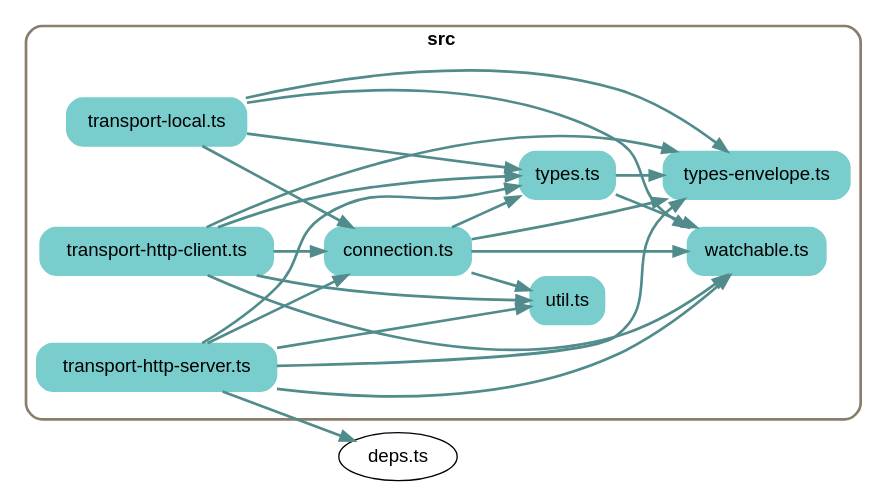
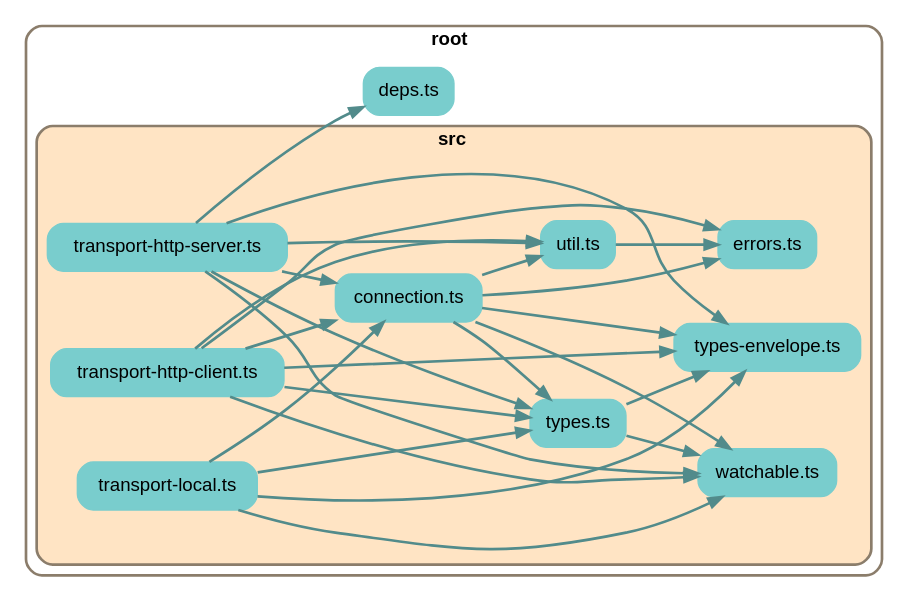
One commit to earthstar-project/earthstar-streaming-rpc changed the diagram in depchart/depchart-simple.dot. Above: the diagram before and after it, drawn with Graphviz. The commit also changed 5 other files, not shown here.

```diff
--- a/depchart/depchart-simple.dot
+++ b/depchart/depchart-simple.dot
@@ -1,54 +1,68 @@
 
 digraph G {
     //splines=line;
     //splines=polyline;
     splines=true;
     rankdir=LR;
     //newrank=true;
     compound=true;
     graph [fontname = "helvetica"];  // dpi=72
     node [fontname = "helvetica"];
     edge [fontname = "helvetica"];
     
     // files in their folder clusters
 
-    subgraph cluster3346056155 {
-        label=<<b>src</b>>;
+    subgraph cluster6120518647 {
+        label=<<b>root</b>>;
         style="rounded";
         color=bisque4;
         penwidth=2;
                     
-        "src/connection.ts" [label="connection.ts", shape=rectangle; style="rounded,filled"; color=darkslategray3];
-        "src/transport-http-client.ts" [label="transport-http-client.ts", shape=rectangle; style="rounded,filled"; color=darkslategray3];
-        "src/transport-http-server.ts" [label="transport-http-server.ts", shape=rectangle; style="rounded,filled"; color=darkslategray3];
-        "src/transport-local.ts" [label="transport-local.ts", shape=rectangle; style="rounded,filled"; color=darkslategray3];
-        "src/types-envelope.ts" [label="types-envelope.ts", shape=rectangle; style="rounded,filled"; color=darkslategray3];
-        "src/types.ts" [label="types.ts", shape=rectangle; style="rounded,filled"; color=darkslategray3];
-        "src/util.ts" [label="util.ts", shape=rectangle; style="rounded,filled"; color=darkslategray3];
-        "src/watchable.ts" [label="watchable.ts", shape=rectangle; style="rounded,filled"; color=darkslategray3];
+        "deps.ts" [label="deps.ts", shape=rectangle; style="rounded,filled"; color=darkslategray3];
+
+        subgraph cluster9450472687 {
+            label=<<b>src</b>>;
+            style="rounded,filled";
+            fillcolor=bisque;
+            color=bisque4;
+            penwidth=2;
+                    
+            "src/connection.ts" [label="connection.ts", shape=rectangle; style="rounded,filled"; color=darkslategray3];
+            "src/errors.ts" [label="errors.ts", shape=rectangle; style="rounded,filled"; color=darkslategray3];
+            "src/transport-http-client.ts" [label="transport-http-client.ts", shape=rectangle; style="rounded,filled"; color=darkslategray3];
+            "src/transport-http-server.ts" [label="transport-http-server.ts", shape=rectangle; style="rounded,filled"; color=darkslategray3];
+            "src/transport-local.ts" [label="transport-local.ts", shape=rectangle; style="rounded,filled"; color=darkslategray3];
+            "src/types-envelope.ts" [label="types-envelope.ts", shape=rectangle; style="rounded,filled"; color=darkslategray3];
+            "src/types.ts" [label="types.ts", shape=rectangle; style="rounded,filled"; color=darkslategray3];
+            "src/util.ts" [label="util.ts", shape=rectangle; style="rounded,filled"; color=darkslategray3];
+            "src/watchable.ts" [label="watchable.ts", shape=rectangle; style="rounded,filled"; color=darkslategray3];
+        }
     }
 
     // edges between files
+    "src/connection.ts" -> "src/errors.ts" [penwidth=2; color=darkslategray4];
     "src/connection.ts" -> "src/types.ts" [penwidth=2; color=darkslategray4];
     "src/connection.ts" -> "src/types-envelope.ts" [penwidth=2; color=darkslategray4];
     "src/connection.ts" -> "src/watchable.ts" [penwidth=2; color=darkslategray4];
     "src/connection.ts" -> "src/util.ts" [penwidth=2; color=darkslategray4];
+    "src/transport-http-client.ts" -> "src/errors.ts" [penwidth=2; color=darkslategray4];
     "src/transport-http-client.ts" -> "src/types.ts" [penwidth=2; color=darkslategray4];
     "src/transport-http-client.ts" -> "src/types-envelope.ts" [penwidth=2; color=darkslategray4];
     "src/transport-http-client.ts" -> "src/watchable.ts" [penwidth=2; color=darkslategray4];
     "src/transport-http-client.ts" -> "src/util.ts" [penwidth=2; color=darkslategray4];
     "src/transport-http-client.ts" -> "src/connection.ts" [penwidth=2; color=darkslategray4];
     "src/transport-http-server.ts" -> "src/types.ts" [penwidth=2; color=darkslategray4];
     "src/transport-http-server.ts" -> "src/types-envelope.ts" [penwidth=2; color=darkslategray4];
     "src/transport-http-server.ts" -> "src/util.ts" [penwidth=2; color=darkslategray4];
     "src/transport-http-server.ts" -> "src/watchable.ts" [penwidth=2; color=darkslategray4];
     "src/transport-http-server.ts" -> "src/connection.ts" [penwidth=2; color=darkslategray4];
     "src/transport-http-server.ts" -> "deps.ts" [penwidth=2; color=darkslategray4];
     "src/transport-local.ts" -> "src/types.ts" [penwidth=2; color=darkslategray4];
     "src/transport-local.ts" -> "src/types-envelope.ts" [penwidth=2; color=darkslategray4];
     "src/transport-local.ts" -> "src/watchable.ts" [penwidth=2; color=darkslategray4];
     "src/transport-local.ts" -> "src/connection.ts" [penwidth=2; color=darkslategray4];
     "src/types.ts" -> "src/types-envelope.ts" [penwidth=2; color=darkslategray4];
     "src/types.ts" -> "src/watchable.ts" [penwidth=2; color=darkslategray4];
+    "src/util.ts" -> "src/errors.ts" [penwidth=2; color=darkslategray4];
 
 }
```
